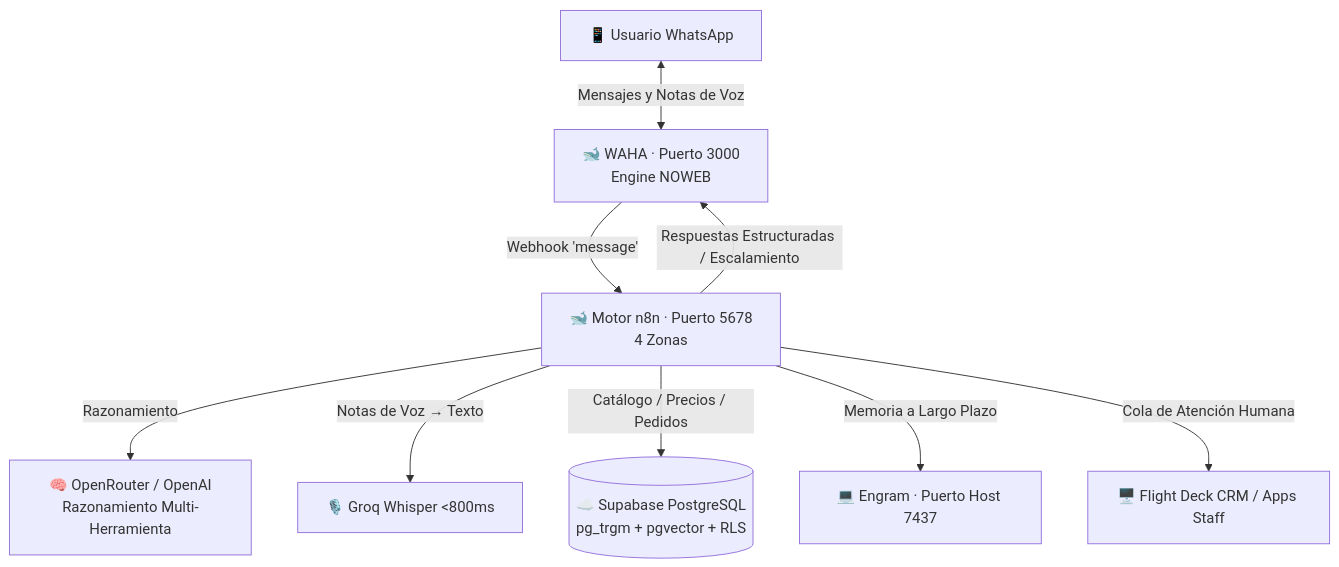
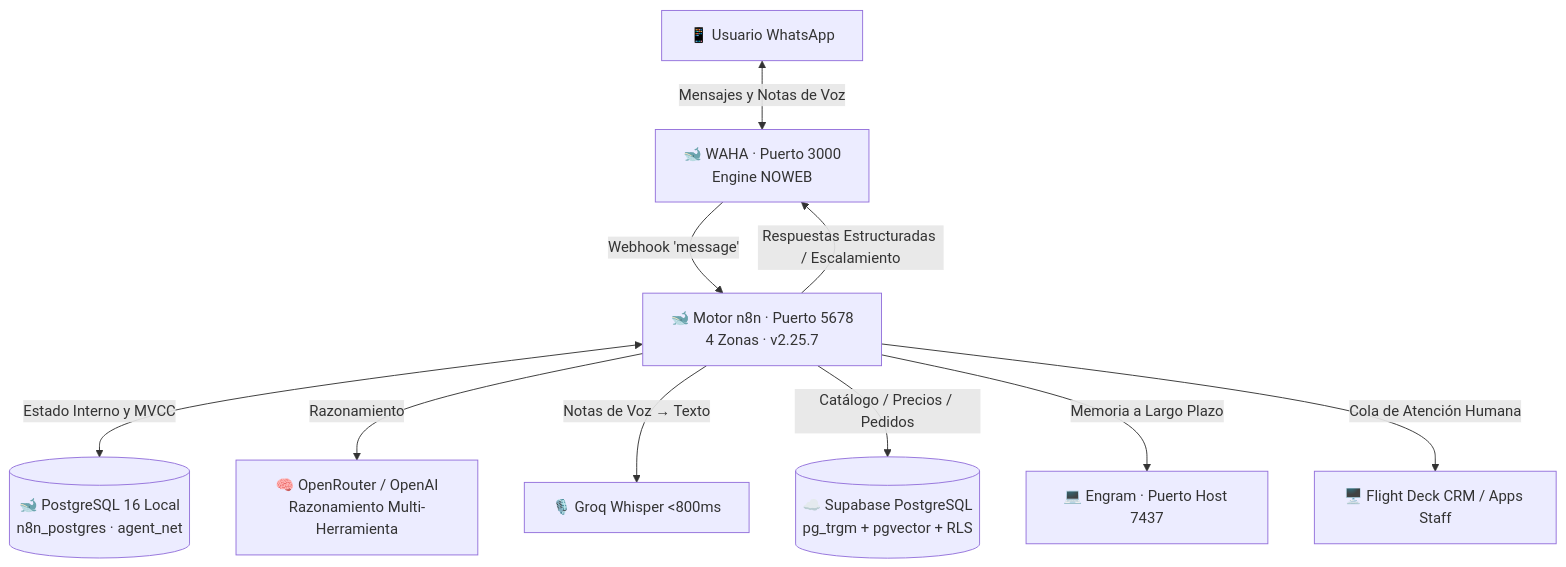
The first of 3 diagrams in README.es.md (Gus2708/whatsapp-agent), drawn with Mermaid before and after one commit. The commit also changed other lines of this file and 13 other files, not shown here.

First line of the commit message:
feat(infra): migrate n8n internal storage from SQLite to PostgreSQL

````diff
--- a/README.es.md
+++ b/README.es.md
@@ -36,11 +36,12 @@
 ```mermaid
 graph TD
     Client["📱 Usuario WhatsApp"] <-->|"Mensajes y Notas de Voz"| WAHA["🐋 WAHA · Puerto 3000<br/>Engine NOWEB"]
-    WAHA -->|"Webhook 'message'"| N8N["🐋 Motor n8n · Puerto 5678<br/>4 Zonas"]
+    WAHA -->|"Webhook 'message'"| N8N["🐋 Motor n8n · Puerto 5678<br/>4 Zonas · v2.25.7"]
+    N8N <-->|"Estado Interno y MVCC"| N8NPG[("🐋 PostgreSQL 16 Local<br/>n8n_postgres · agent_net")]
     N8N -->|"Razonamiento"| Model["🧠 OpenRouter / OpenAI<br/>Razonamiento Multi-Herramienta"]
     N8N -->|"Notas de Voz → Texto"| Groq["🎙️ Groq Whisper <800ms"]
     N8N -->|"Catálogo / Precios / Pedidos"| Supabase[("☁️ Supabase PostgreSQL<br/>pg_trgm + pgvector + RLS")]
     N8N -->|"Memoria a Largo Plazo"| Engram["💻 Engram · Puerto Host 7437"]
     N8N -->|"Respuestas Estructuradas / Escalamiento"| WAHA
     N8N -->|"Cola de Atención Humana"| FlightDeck["🖥️ Flight Deck CRM / Apps Staff"]
 ```
````
